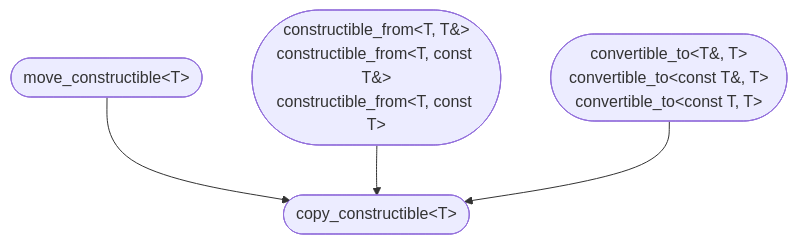
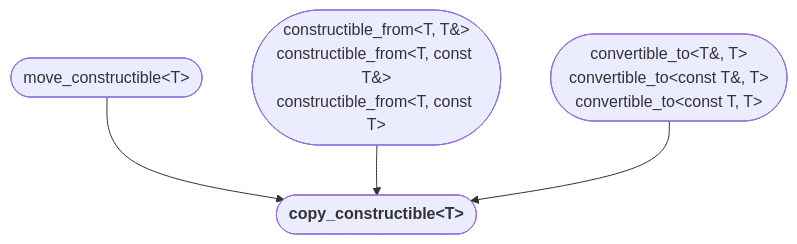
Diagram 11 of 18 in README.md (yohhoy/cpp-concepts), drawn with Mermaid before and after one commit. The commit also changed other lines of this file, not shown here.

````diff
--- a/README.md
+++ b/README.md
@@ -128,7 +128,7 @@
 ```mermaid
 graph TD
     %% std::copy_constructible<T>
-    move_constructible(["move_constructible&lt;T&gt;"]) --> copy_constructible(["copy_constructible&lt;T&gt;"]);
+    move_constructible(["move_constructible&lt;T&gt;"]) --> copy_constructible(["<b>copy_constructible&lt;T&gt;</b>"]);
     constructible_from(["constructible_from&lt;T, T&amp;&gt;<br>constructible_from&lt;T, const T&amp;&gt;<br>constructible_from&lt;T, const T&gt;"]) --> copy_constructible;
     convertible_to(["convertible_to&lt;T&amp;, T&gt;<br>convertible_to&lt;const T&amp;, T&gt;<br>convertible_to&lt;const T, T&gt;"]) --> copy_constructible;
 ```
````
